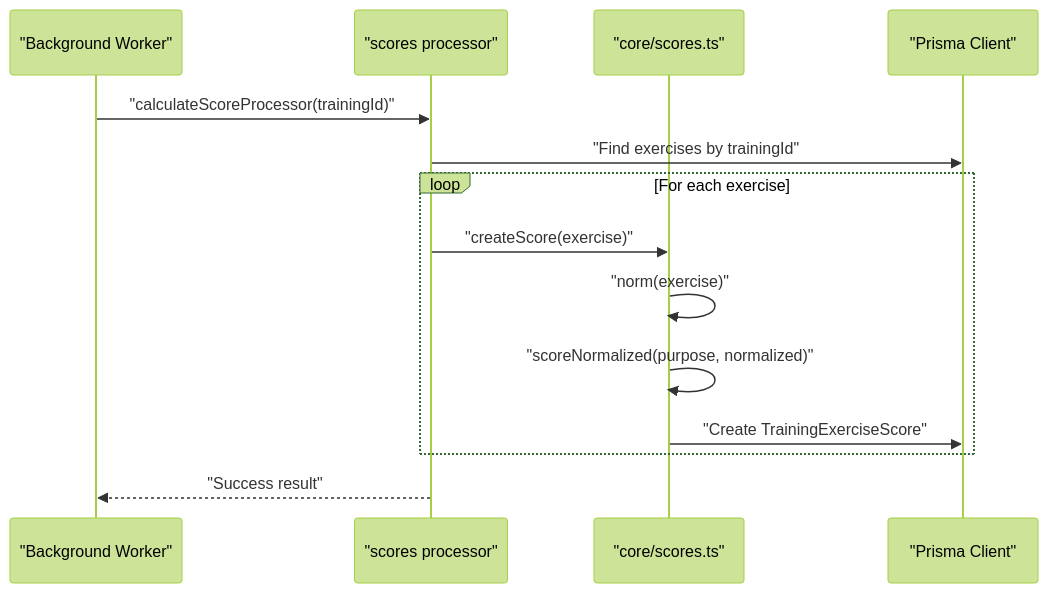
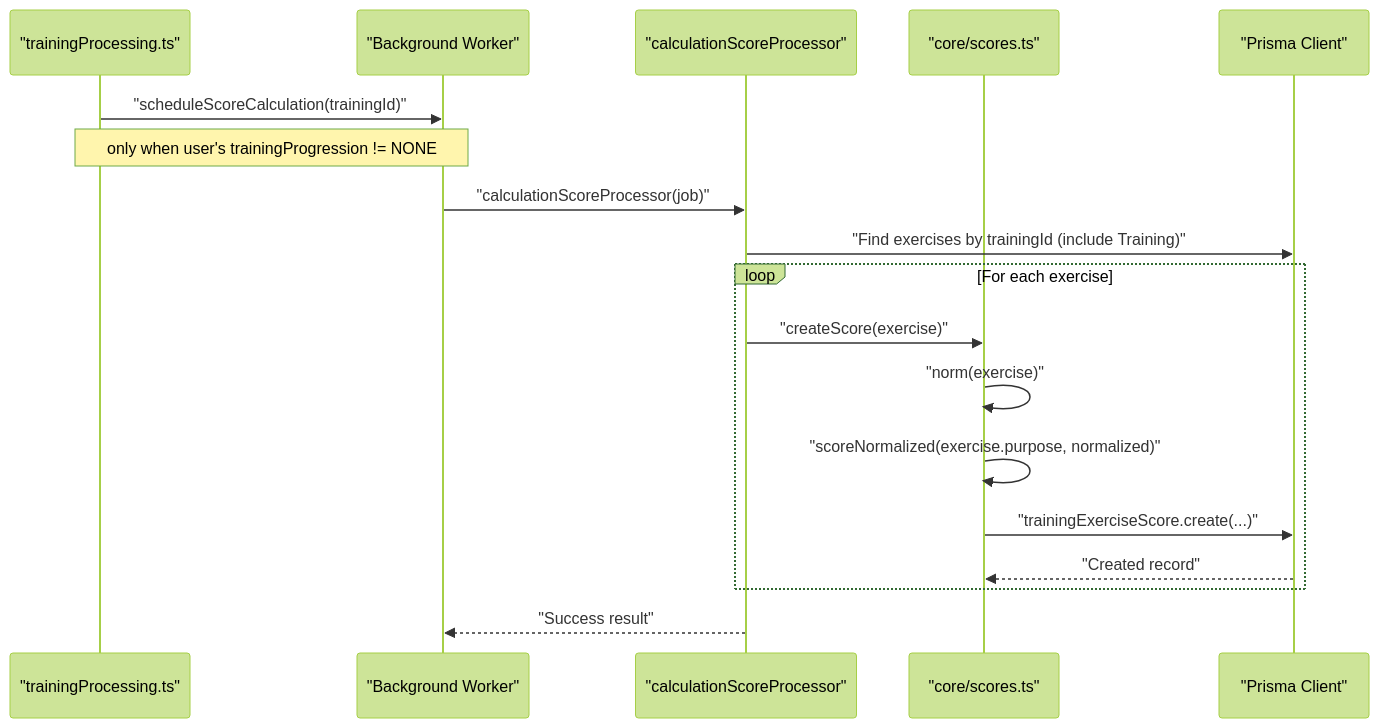
The second of 11 diagrams in .qoder/repowiki/en/content/Core Business Logic/Scoring and Analytics.md (Dezzpil/meingym), drawn with Mermaid (forest theme) before and after one commit. The commit also changed other lines of this file and 12 other files, not shown here.

````diff
--- a/.qoder/repowiki/en/content/Core Business Logic/Scoring and Analytics.md
+++ b/.qoder/repowiki/en/content/Core Business Logic/Scoring and Analytics.md
@@ -78,16 +120,20 @@
 ```mermaid
 sequenceDiagram
+participant TP as "trainingProcessing.ts"
 participant Worker as "Background Worker"
-participant ScoresProc as "scores processor"
+participant ScoresProc as "calculationScoreProcessor"
 participant CoreScores as "core/scores.ts"
 participant DB as "Prisma Client"
-Worker->>ScoresProc : "calculateScoreProcessor(trainingId)"
-ScoresProc->>DB : "Find exercises by trainingId"
+TP->>Worker : "scheduleScoreCalculation(trainingId)"
+Note over TP,Worker : only when user's trainingProgression != NONE
+Worker->>ScoresProc : "calculationScoreProcessor(job)"
+ScoresProc->>DB : "Find exercises by trainingId (include Training)"
 loop For each exercise
 ScoresProc->>CoreScores : "createScore(exercise)"
 CoreScores->>CoreScores : "norm(exercise)"
-CoreScores->>CoreScores : "scoreNormalized(purpose, normalized)"
-CoreScores->>DB : "Create TrainingExerciseScore"
+CoreScores->>CoreScores : "scoreNormalized(exercise.purpose, normalized)"
+CoreScores->>DB : "trainingExerciseScore.create(...)"
+DB-->>CoreScores : "Created record"
 end
 ScoresProc-->>Worker : "Success result"
 ```
````
